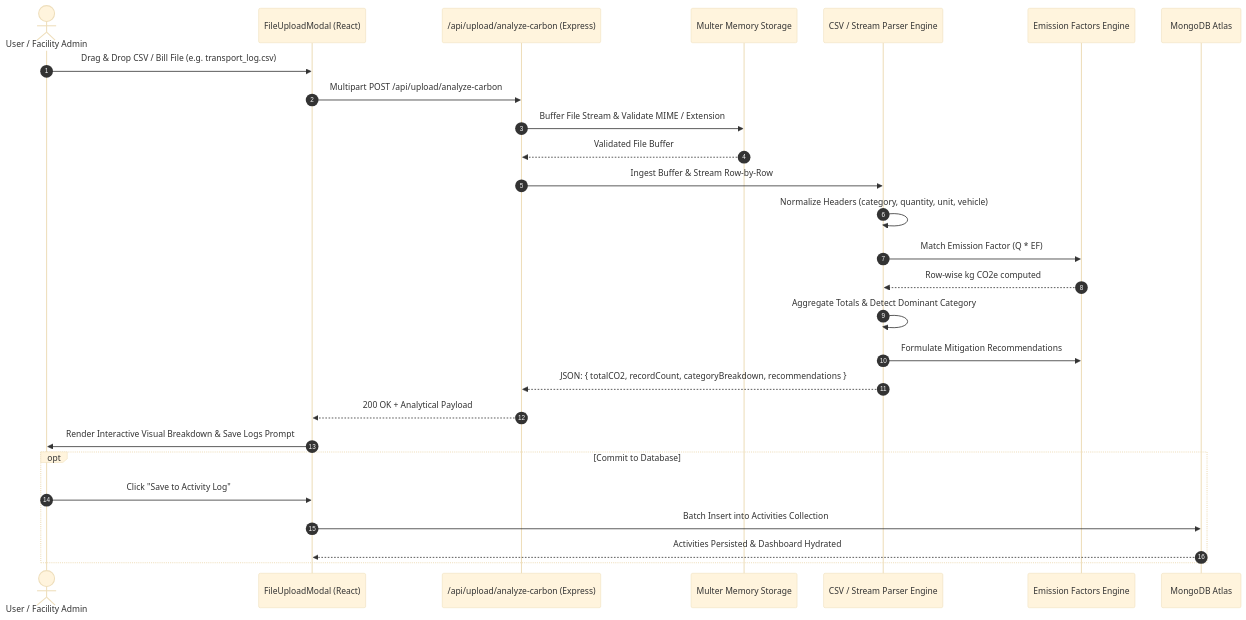
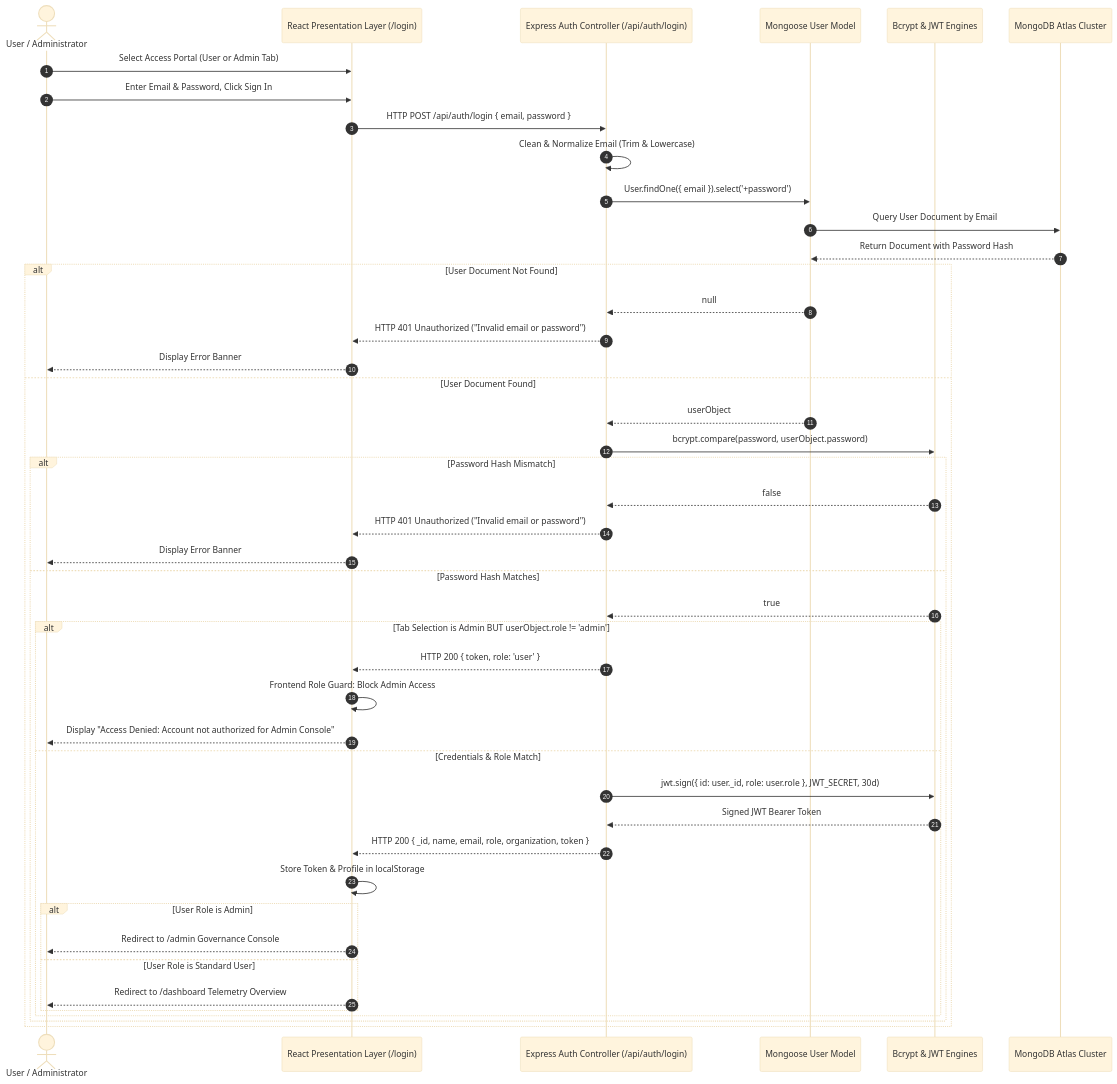
The third of 6 diagrams in PROJECT_REPORT.md (divakarpandey07/Carbon-Tracker), drawn with Mermaid (base theme) before and after one commit. The commit also changed other lines of this file, not shown here.

Commit message:
Update complete academic project report with candidate credentials Divakar Pandey 12508363 and dense academic chapters

````diff
--- a/PROJECT_REPORT.md
+++ b/PROJECT_REPORT.md
@@ -382,30 +813,51 @@
 ```mermaid
 sequenceDiagram
     autonumber
-    actor User as User / Facility Admin
-    participant UI as FileUploadModal (React)
-    participant API as /api/upload/analyze-carbon (Express)
-    participant Multer as Multer Memory Storage
-    participant Parser as CSV / Stream Parser Engine
-    participant Engine as Emission Factors Engine
-    participant DB as MongoDB Atlas
+    actor User as User / Administrator
+    participant UI as React Presentation Layer (/login)
+    participant API as Express Auth Controller (/api/auth/login)
+    participant Model as Mongoose User Model
+    participant Crypt as Bcrypt & JWT Engines
+    participant DB as MongoDB Atlas Cluster
 
-    User->>UI: Drag & Drop CSV / Bill File (e.g. transport_log.csv)
-    UI->>API: Multipart POST /api/upload/analyze-carbon
-    API->>Multer: Buffer File Stream & Validate MIME / Extension
-    Multer-->>API: Validated File Buffer
-    API->>Parser: Ingest Buffer & Stream Row-by-Row
-    Parser->>Parser: Normalize Headers (category, quantity, unit, vehicle)
-    Parser->>Engine: Match Emission Factor (Q * EF)
-    Engine-->>Parser: Row-wise kg CO2e computed
-    Parser->>Parser: Aggregate Totals & Detect Dominant Category
-    Parser->>Engine: Formulate Mitigation Recommendations
-    Parser-->>API: JSON: { totalCO2, recordCount, categoryBreakdown, recommendations }
-    API-->>UI: 200 OK + Analytical Payload
-    UI->>User: Render Interactive Visual Breakdown & Save Logs Prompt
-    opt Commit to Database
-        User->>UI: Click "Save to Activity Log"
-        UI->>DB: Batch Insert into Activities Collection
-        DB-->>UI: Activities Persisted & Dashboard Hydrated
+    User->>UI: Select Access Portal (User or Admin Tab)
+    User->>UI: Enter Email & Password, Click Sign In
+    UI->>API: HTTP POST /api/auth/login { email, password }
+    API->>API: Clean & Normalize Email (Trim & Lowercase)
+    API->>Model: User.findOne({ email }).select('+password')
+    Model->>DB: Query User Document by Email
+    DB-->>Model: Return Document with Password Hash
+    
+    alt User Document Not Found
+        Model-->>API: null
+        API-->>UI: HTTP 401 Unauthorized ("Invalid email or password")
+        UI-->>User: Display Error Banner
+    else User Document Found
+        Model-->>API: userObject
+        API->>Crypt: bcrypt.compare(password, userObject.password)
+        
+        alt Password Hash Mismatch
+            Crypt-->>API: false
+            API-->>UI: HTTP 401 Unauthorized ("Invalid email or password")
+            UI-->>User: Display Error Banner
+        else Password Hash Matches
+            Crypt-->>API: true
+            
+            alt Tab Selection is Admin BUT userObject.role != 'admin'
+                API-->>UI: HTTP 200 { token, role: 'user' }
+                UI->>UI: Frontend Role Guard: Block Admin Access
+                UI-->>User: Display "Access Denied: Account not authorized for Admin Console"
+            else Credentials & Role Match
+                API->>Crypt: jwt.sign({ id: user._id, role: user.role }, JWT_SECRET, 30d)
+                Crypt-->>API: Signed JWT Bearer Token
+                API-->>UI: HTTP 200 { _id, name, email, role, organization, token }
+                UI->>UI: Store Token & Profile in localStorage
+                alt User Role is Admin
+                    UI-->>User: Redirect to /admin Governance Console
+                else User Role is Standard User
+                    UI-->>User: Redirect to /dashboard Telemetry Overview
+                end
+            end
+        end
     end
 ```
````
